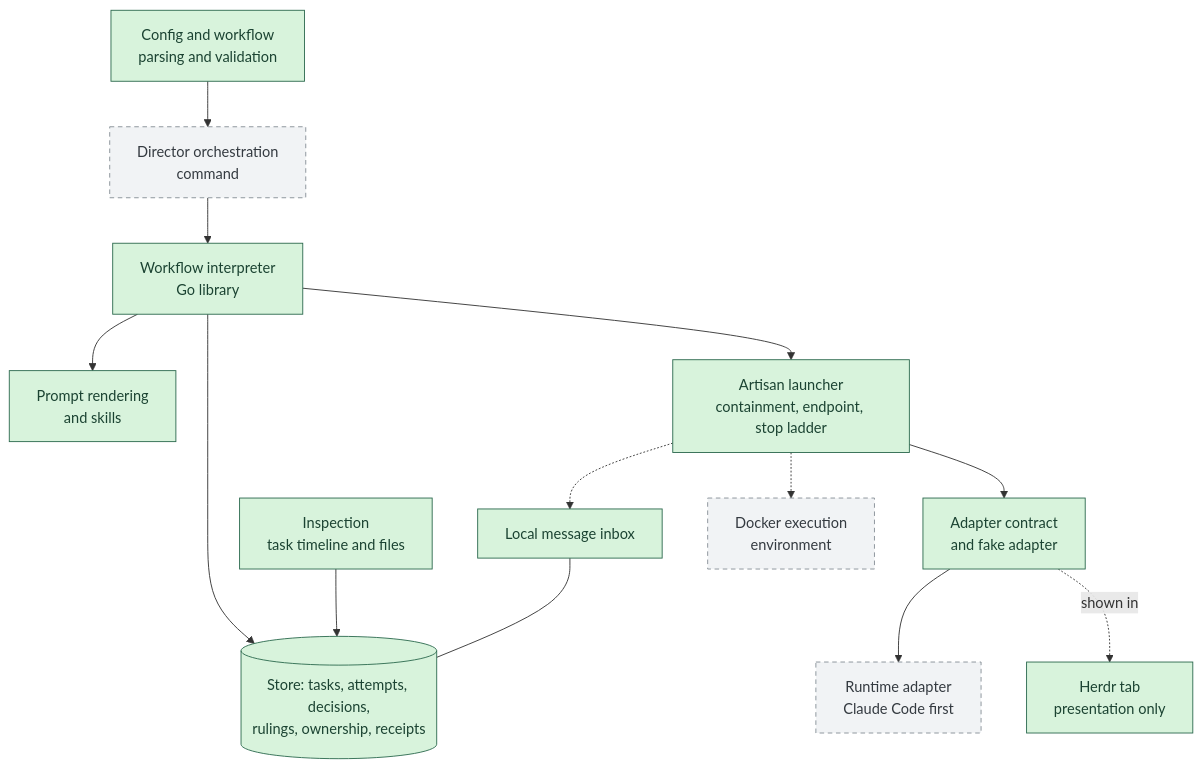
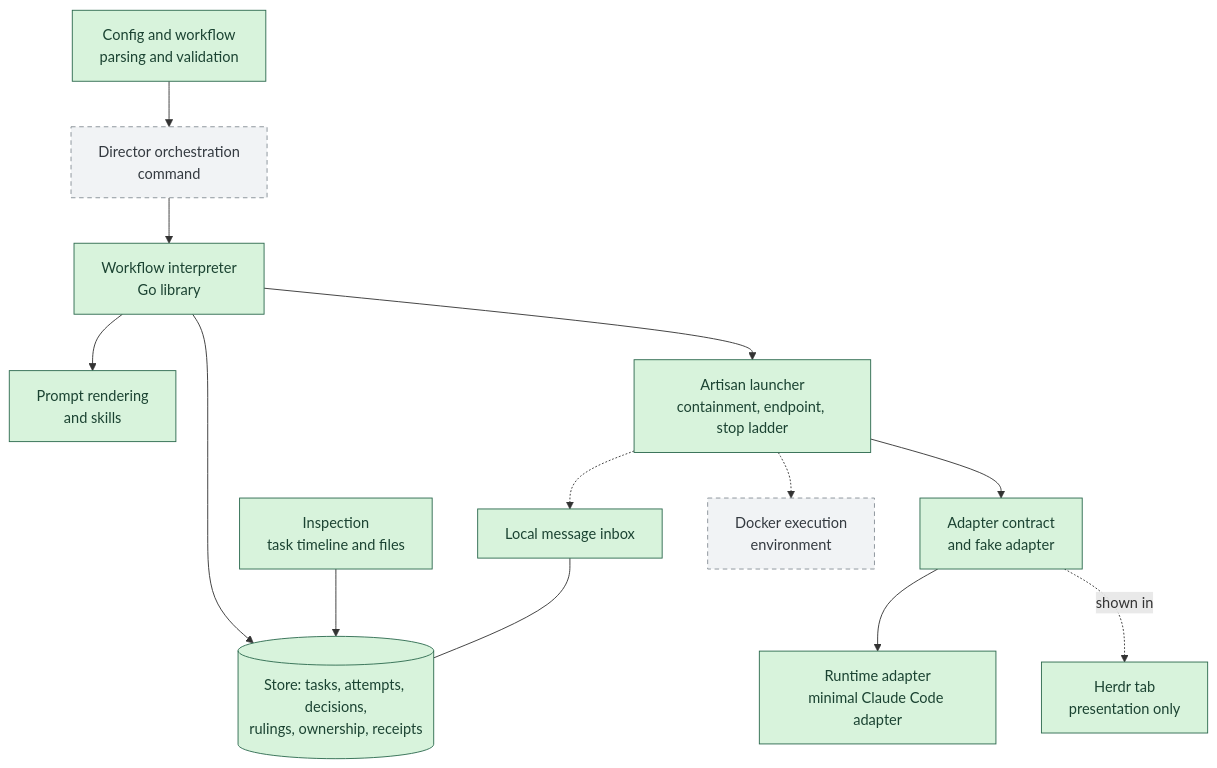
One commit to ndrwl/guildhall changed the third of 3 diagrams in docs/architecture.md. Above: the diagram before and after it, drawn with Mermaid. The commit also changed other lines of this file and 19 other files, not shown here.

````diff
--- a/docs/architecture.md
+++ b/docs/architecture.md
@@ -100,31 +100,31 @@
 ```mermaid
 flowchart TB
     classDef built fill:#d8f3dc,stroke:#2d6a4f,color:#1b4332
     classDef planned fill:#f1f3f5,stroke:#868e96,color:#343a40,stroke-dasharray:5 4
 
     CFG["Config and workflow<br/>parsing and validation"]:::built
     STORE[("Store: tasks, attempts, decisions,<br/>rulings, ownership, receipts")]:::built
     MSG["Local message inbox"]:::built
     INSP["Inspection<br/>task timeline and files"]:::built
     DIR["Director orchestration<br/>command"]:::planned
     INTERP["Workflow interpreter<br/>Go library"]:::built
     RENDER["Prompt rendering<br/>and skills"]:::built
     WRAP["Artisan launcher<br/>containment, endpoint, stop ladder"]:::built
     ADAPT["Adapter contract<br/>and fake adapter"]:::built
-    RT["Runtime adapter<br/>Claude Code first"]:::planned
+    RT["Runtime adapter<br/>minimal Claude Code adapter"]:::built
     EXEC["Docker execution<br/>environment"]:::planned
     HERDR["Herdr tab<br/>presentation only"]:::built
 
     CFG --> DIR
     DIR --> INTERP
     INTERP --> STORE
     INTERP --> RENDER
     INSP --> STORE
     MSG --- STORE
     INTERP --> WRAP
     WRAP --> ADAPT
     ADAPT --> RT
     WRAP -.-> EXEC
     WRAP -.-> MSG
     ADAPT -. "shown in" .-> HERDR
 ```
````
